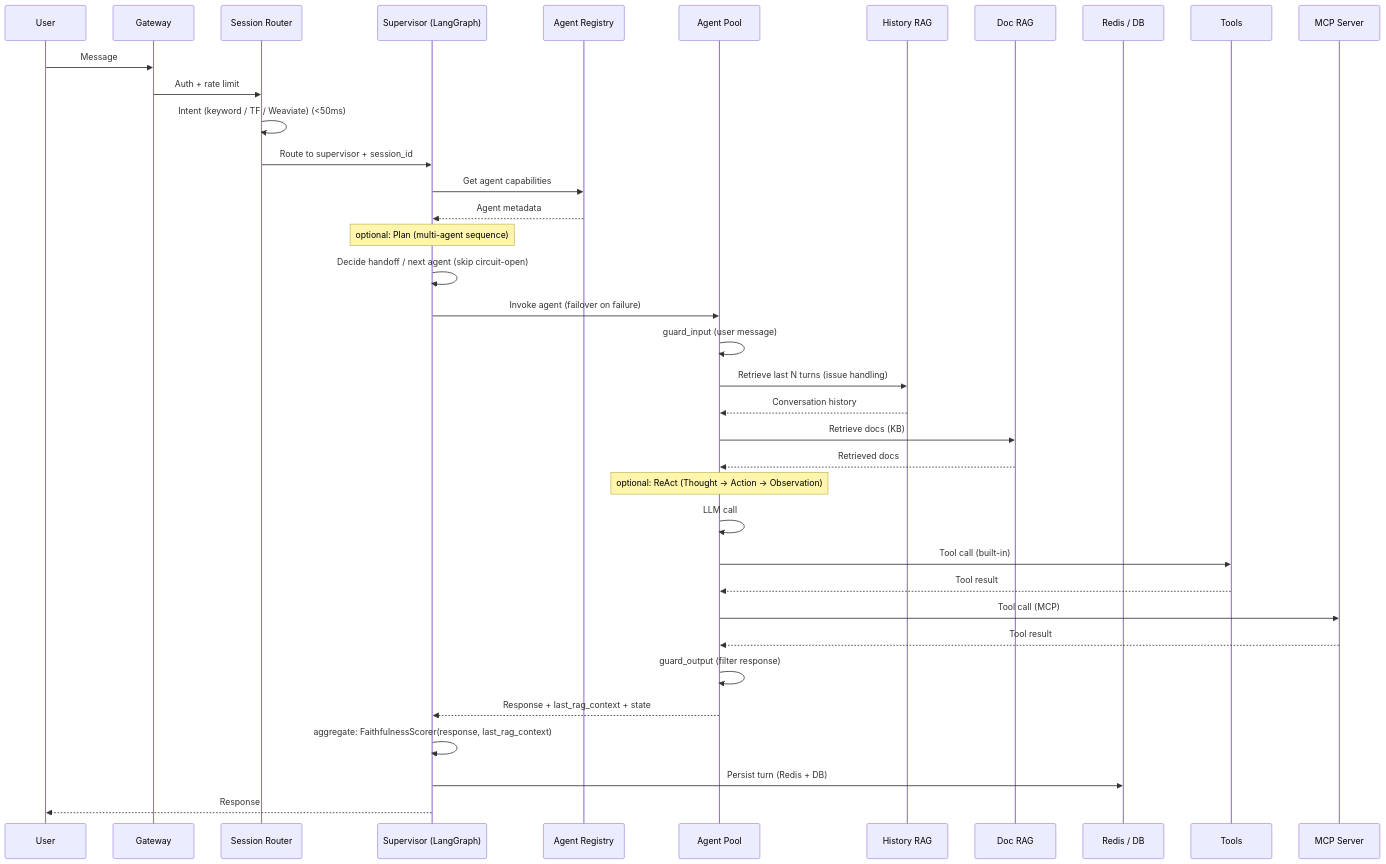
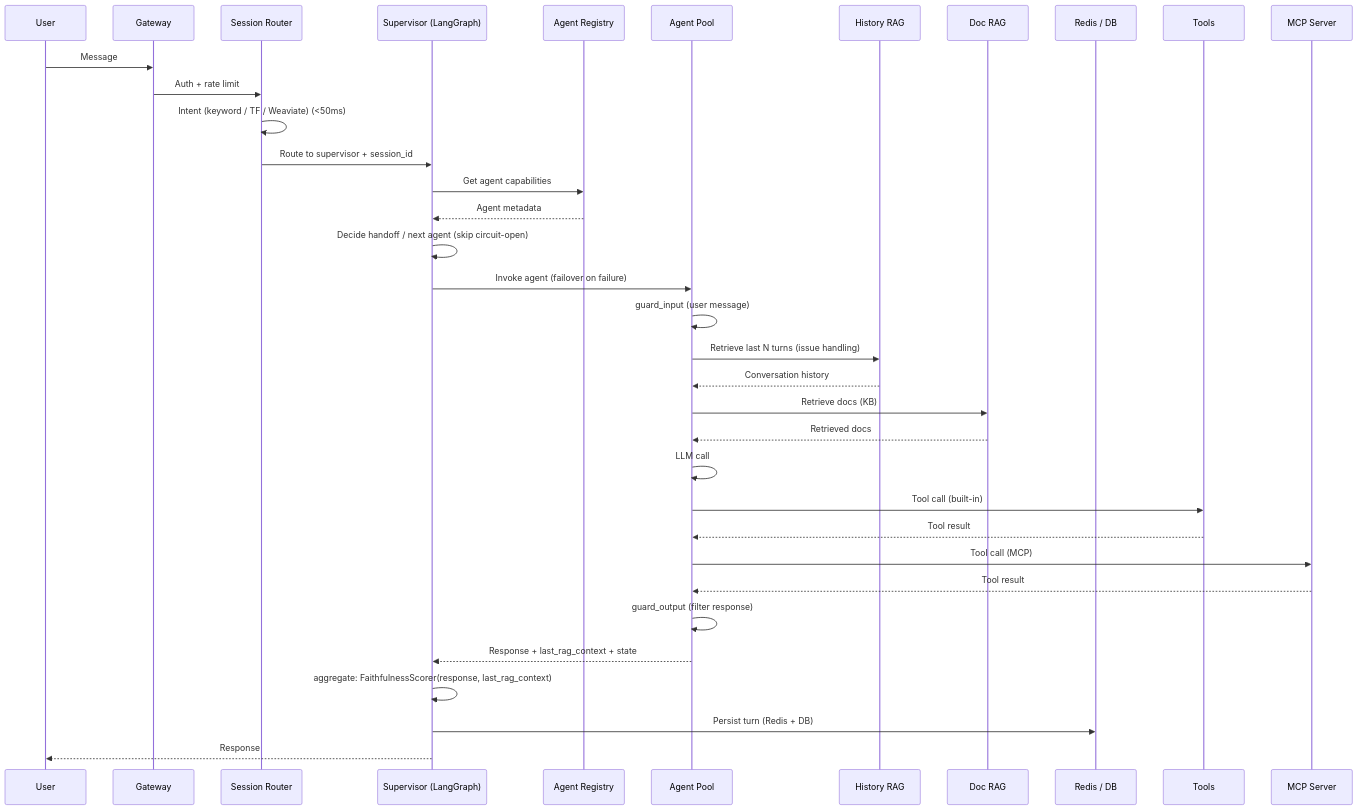
The fifth of 16 diagrams in Documentation/ARCHITECTURE_DESIGN.md (deepyad/Agentic_Production_Env), drawn with Mermaid before and after one commit. The commit also changed other lines of this file and 5 other files, not shown here.

Commit message:
Added Plan(For Superviser) and ReAct(For Agents) Functionality

````diff
--- a/Documentation/ARCHITECTURE_DESIGN.md
+++ b/Documentation/ARCHITECTURE_DESIGN.md
@@ -188,40 +188,38 @@
 ```mermaid
 sequenceDiagram
     participant U as User
     participant GW as Gateway
     participant RTR as Session Router
     participant SUP as Supervisor (LangGraph)
     participant REG as Agent Registry
     participant AGT as Agent Pool
     participant HIST as History RAG
     participant DOC as Doc RAG
     participant STORE as Redis / DB
     participant TOOLS as Tools
     participant MCP as MCP Server
 
     U->>GW: Message
     GW->>RTR: Auth + rate limit
     RTR->>RTR: Intent (keyword / TF / Weaviate) (<50ms)
     RTR->>SUP: Route to supervisor + session_id
     SUP->>REG: Get agent capabilities
     REG-->>SUP: Agent metadata
-    Note over SUP: optional: Plan (multi-agent sequence)
     SUP->>SUP: Decide handoff / next agent (skip circuit-open)
     SUP->>AGT: Invoke agent (failover on failure)
     AGT->>AGT: guard_input (user message)
     AGT->>HIST: Retrieve last N turns (issue handling)
     HIST-->>AGT: Conversation history
     AGT->>DOC: Retrieve docs (KB)
     DOC-->>AGT: Retrieved docs
-    Note over AGT: optional: ReAct (Thought → Action → Observation)
     AGT->>AGT: LLM call
     AGT->>TOOLS: Tool call (built-in)
     TOOLS-->>AGT: Tool result
     AGT->>MCP: Tool call (MCP)
     MCP-->>AGT: Tool result
     AGT->>AGT: guard_output (filter response)
     AGT-->>SUP: Response + last_rag_context + state
     SUP->>SUP: aggregate: FaithfulnessScorer(response, last_rag_context)
     SUP->>STORE: Persist turn (Redis + DB)
     SUP-->>U: Response
 ```
````
